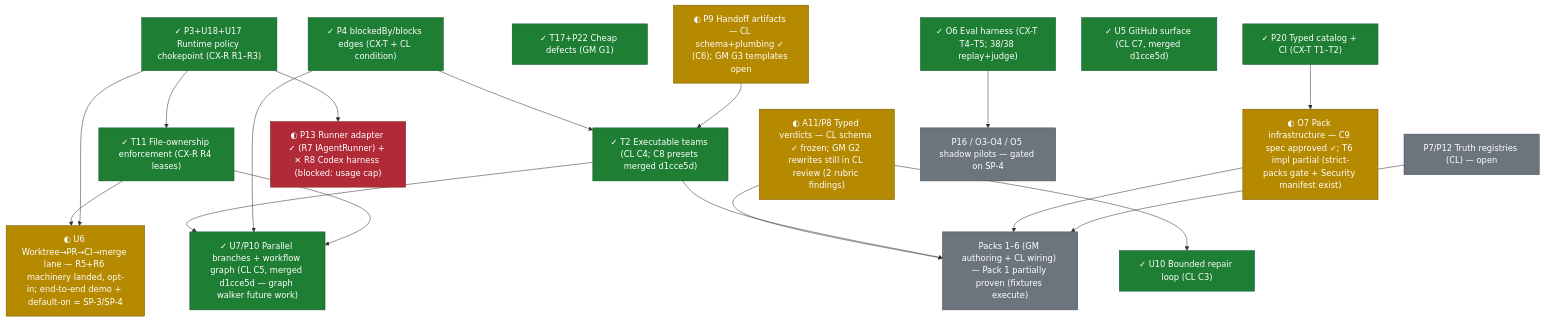
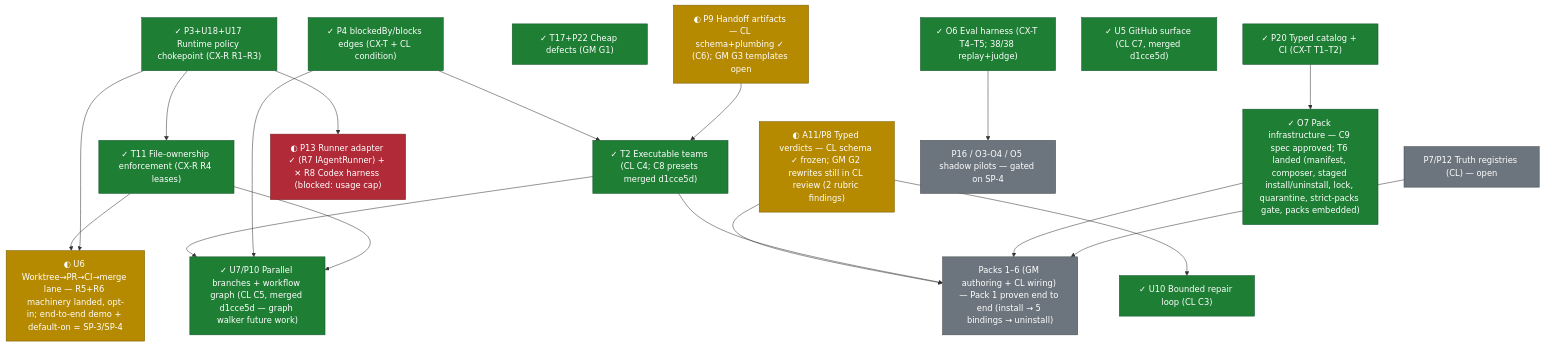
Before and after one commit to FoodBreakPedro/GigaClaw: the diagram in doc/roadmap/index.md, drawn with Mermaid. The commit also changed other lines of this file and 1 other file, not shown here.

Commit message:
docs(packs): close the teams-as-data structural finding and refresh T6 status
The 2026-07-30 finding — a pack cannot add a team without recompiling
GigaClaw.Core, so one of the five binding rules is structurally unenforceable —
is struck in the roadmap index with the resolution and the test that demonstrates
it, rather than with an assertion that D8 landed.

§11 of the spec still said the core-pack extraction, the teams change, and the
catalog/eval integration were "not yet landed"; all three are in the tree, so the
section now maps every area of the spec to where it lives, and §7's gap table is
marked as the drafting-time picture it is.

````diff
--- a/doc/roadmap/index.md
+++ b/doc/roadmap/index.md
@@ -104,41 +104,41 @@
 ```mermaid
 flowchart TD
     P3["✓ P3+U18+U17 Runtime policy chokepoint (CX-R R1–R3)"]:::done
     P20["✓ P20 Typed catalog + CI (CX-T T1–T2)"]:::done
     QF["✓ T17+P22 Cheap defects (GM G1)"]:::done
     A11["◐ A11/P8 Typed verdicts — CL schema ✓ frozen; GM G2 rewrites still in CL review (2 rubric findings)"]:::partial
     U10["✓ U10 Bounded repair loop (CL C3)"]:::done
     O6["✓ O6 Eval harness (CX-T T4–T5; 38/38 replay+judge)"]:::done
     P4["✓ P4 blockedBy/blocks edges (CX-T + CL condition)"]:::done
     T2["✓ T2 Executable teams (CL C4; C8 presets merged d1cce5d)"]:::done
     T11["✓ T11 File-ownership enforcement (CX-R R4 leases)"]:::done
     U7["✓ U7/P10 Parallel branches + workflow graph (CL C5, merged d1cce5d — graph walker future work)"]:::done
     U6["◐ U6 Worktree→PR→CI→merge lane — R5+R6 machinery landed, opt-in; end-to-end demo + default-on = SP-3/SP-4"]:::partial
     P13["◐ P13 Runner adapter ✓ (R7 IAgentRunner) + ✕ R8 Codex harness (blocked: usage cap)"]:::blocked
     U5["✓ U5 GitHub surface (CL C7, merged d1cce5d)"]:::done
     P9["◐ P9 Handoff artifacts — CL schema+plumbing ✓ (C6); GM G3 templates open"]:::partial
-    O7["◐ O7 Pack infrastructure — C9 spec approved ✓; T6 impl partial (strict-packs gate + Security manifest exist)"]:::partial
-    PACKS["Packs 1–6 (GM authoring + CL wiring) — Pack 1 partially proven (fixtures execute)"]:::open
+    O7["✓ O7 Pack infrastructure — C9 spec approved; T6 landed (manifest, composer, staged install/uninstall, lock, quarantine, strict-packs gate, packs embedded)"]:::done
+    PACKS["Packs 1–6 (GM authoring + CL wiring) — Pack 1 proven end to end (install → 5 bindings → uninstall)"]:::open
     P7["P7/P12 Truth registries (CL) — open"]:::open
     PILOTS["P16 / O3-O4 / O5 shadow pilots — gated on SP-4"]:::open
 
     P3 --> T11 --> U6
     P3 --> U6
     P20 --> O7
     A11 --> U10
     A11 --> PACKS
     O6 --> PILOTS
     P4 --> T2 --> U7
     P4 --> U7
     T11 --> U7
     T2 --> PACKS
     P3 --> P13
     O7 --> PACKS
     P7 --> PACKS
     P9 --> T2
 
     classDef done fill:#1e7e34,stroke:#14532d,color:#ffffff
     classDef partial fill:#b58900,stroke:#7a5c00,color:#ffffff
     classDef blocked fill:#b02a37,stroke:#7a1d26,color:#ffffff
     classDef open fill:#6c757d,stroke:#43484d,color:#ffffff
 ```
````
